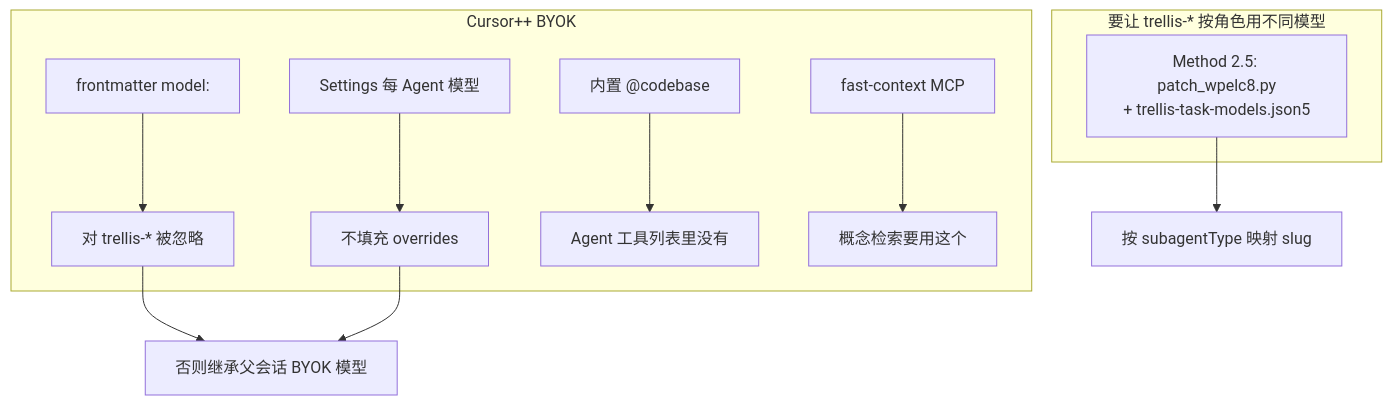
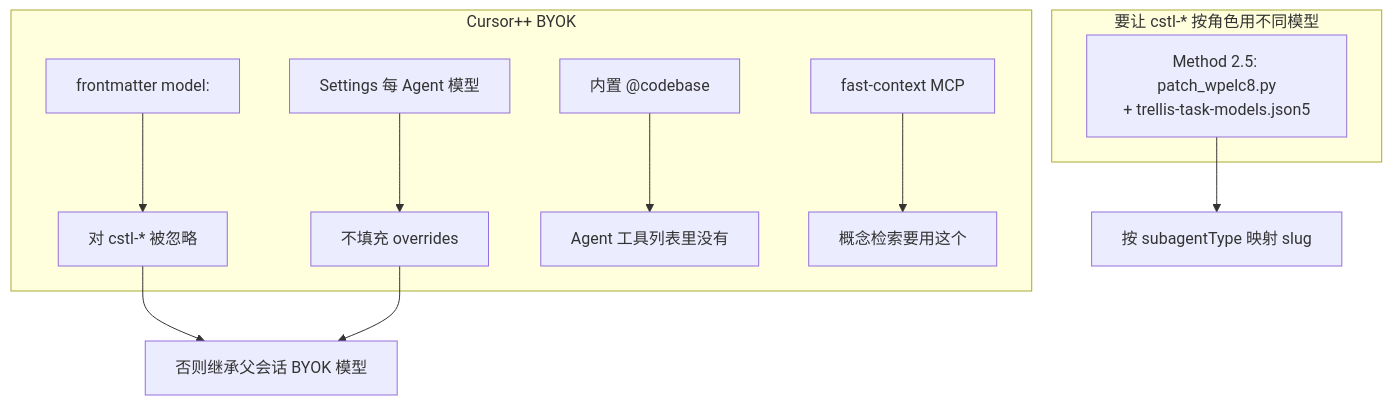
One commit to blxzer77/cursor-trellis changed the fifth of 5 diagrams in docs/community/linux-do-release.md. Above: the diagram before and after it, drawn with Mermaid. The commit also changed other lines of this file and 248 other files, not shown here.

````diff
--- a/docs/community/linux-do-release.md
+++ b/docs/community/linux-do-release.md
@@ -184,14 +186,14 @@
 ```mermaid
 flowchart TD
   subgraph byok[Cursor++ BYOK]
-    FM["frontmatter model:"] --> BAD1[对 trellis-* 被忽略]
+    FM["frontmatter model:"] --> BAD1[对 cstl-* 被忽略]
     UI[Settings 每 Agent 模型] --> BAD2[不填充 overrides]
     SEM[内置 @codebase] --> BAD3[Agent 工具列表里没有]
     FC[fast-context MCP] --> OK4[概念检索要用这个]
   end
-  subgraph fix[要让 trellis-* 按角色用不同模型]
+  subgraph fix[要让 cstl-* 按角色用不同模型]
     M25["Method 2.5: patch_wpelc8.py<br/>+ trellis-task-models.json5"]
   end
   BAD1 & BAD2 --> INH[否则继承父会话 BYOK 模型]
   M25 --> ROUTE[按 subagentType 映射 slug]
 ```
````
